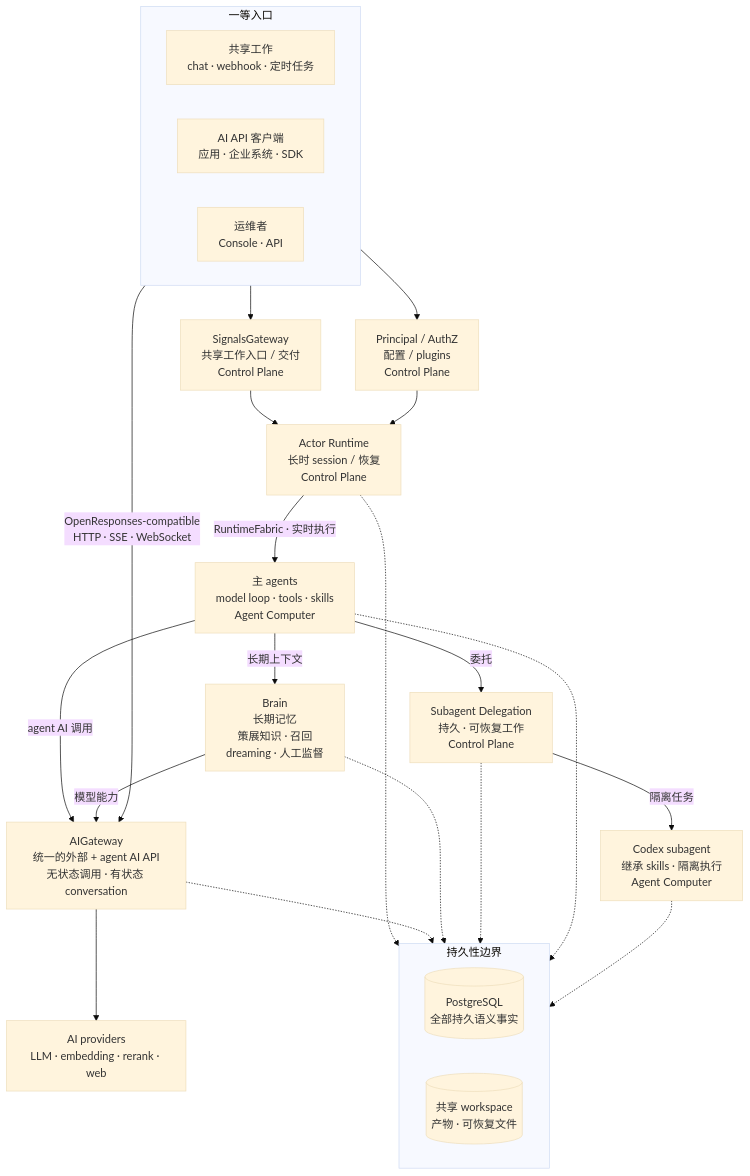
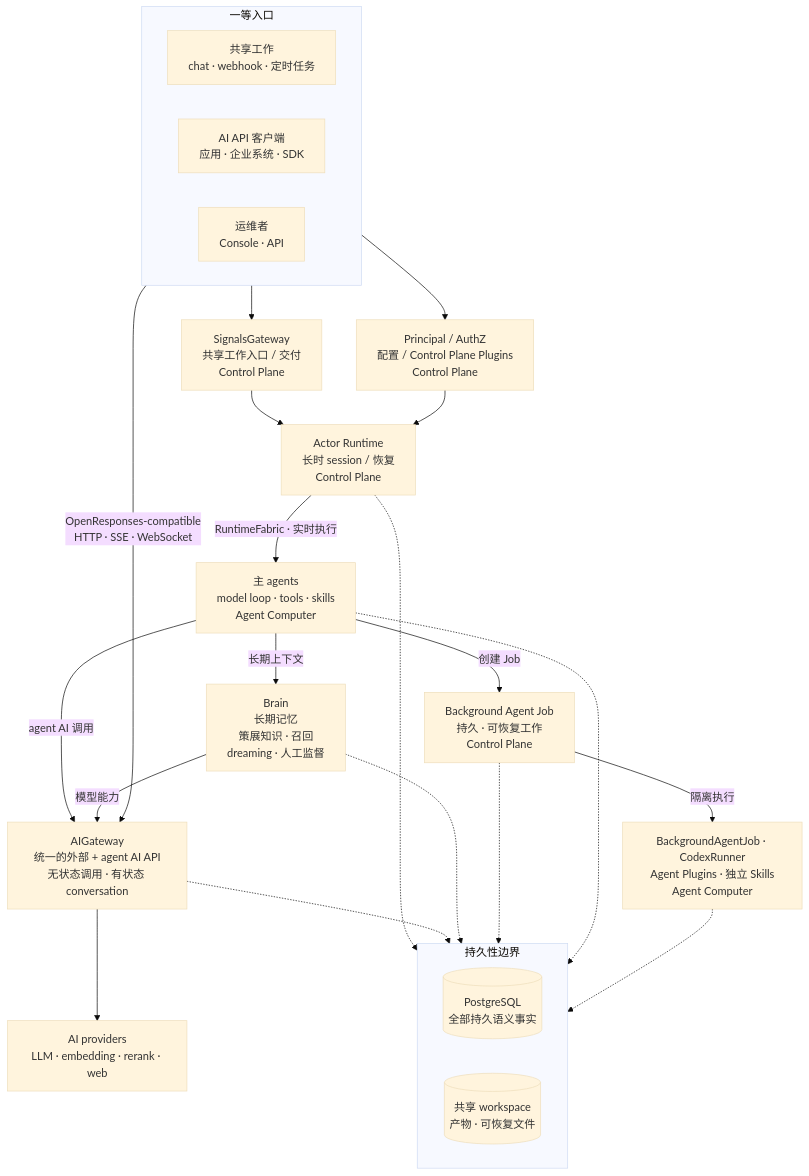
Before and after one commit to AgentBull/ankole: the diagram in README.zh-Hans.md, drawn with Mermaid (base theme). The commit also changed other lines of this file and 1369 other files, not shown here.

````diff
--- a/README.zh-Hans.md
+++ b/README.zh-Hans.md
@@ -66,43 +66,43 @@
 ```mermaid
 flowchart TB
   subgraph Entry["一等入口"]
     direction LR
     Work["共享工作<br/>chat · webhook · 定时任务"]
     Clients["AI API 客户端<br/>应用 · 企业系统 · SDK"]
     Ops["运维者<br/>Console · API"]
   end
 
   SG["SignalsGateway<br/>共享工作入口 / 交付<br/>Control Plane"]
-  Platform["Principal / AuthZ<br/>配置 / plugins<br/>Control Plane"]
+  Platform["Principal / AuthZ<br/>配置 / Control Plane Plugins<br/>Control Plane"]
   Runtime["Actor Runtime<br/>长时 session / 恢复<br/>Control Plane"]
   Main["主 agents<br/>model loop · tools · skills<br/>Agent Computer"]
   Brain["Brain<br/>长期记忆<br/>策展知识 · 召回<br/>dreaming · 人工监督"]
-  Delegate["Subagent Delegation<br/>持久 · 可恢复工作<br/>Control Plane"]
+  Delegate["Background Agent Job<br/>持久 · 可恢复工作<br/>Control Plane"]
   AI["AIGateway<br/>统一的外部 + agent AI API<br/>无状态调用 · 有状态 conversation"]
-  Task["Codex subagent<br/>继承 skills · 隔离执行<br/>Agent Computer"]
+  Task["BackgroundAgentJob · CodexRunner<br/>Agent Plugins · 独立 Skills<br/>Agent Computer"]
   Providers["AI providers<br/>LLM · embedding · rerank · web"]
 
   subgraph Storage["持久性边界"]
     direction LR
     PG[("PostgreSQL<br/>全部持久语义事实")]
     Workspace[("共享 workspace<br/>产物 · 可恢复文件")]
   end
 
   Work --> SG --> Runtime
   Ops --> Platform --> Runtime
   Runtime -->|"RuntimeFabric · 实时执行"| Main
   Clients -->|"OpenResponses-compatible<br/>HTTP · SSE · WebSocket"| AI
   Main -->|"agent AI 调用"| AI
   Main -->|"长期上下文"| Brain
   Brain -->|"模型能力"| AI
-  Main -->|"委托"| Delegate
-  Delegate -->|"隔离任务"| Task
+  Main -->|"创建 Job"| Delegate
+  Delegate -->|"隔离执行"| Task
   AI --> Providers
 
   Runtime -.-> PG
   AI -.-> PG
   Brain -.-> PG
   Delegate -.-> PG
   Main -.-> Workspace
   Task -.-> Workspace
 ```
````
